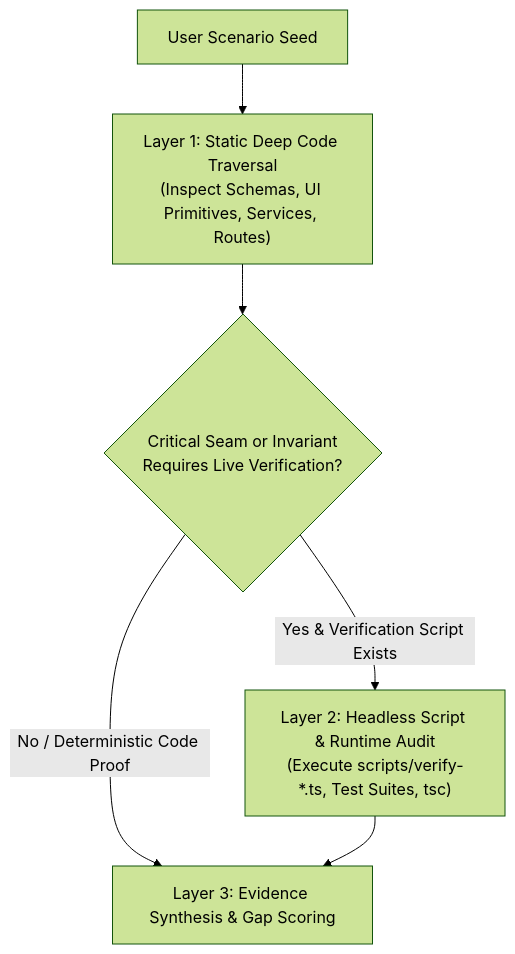
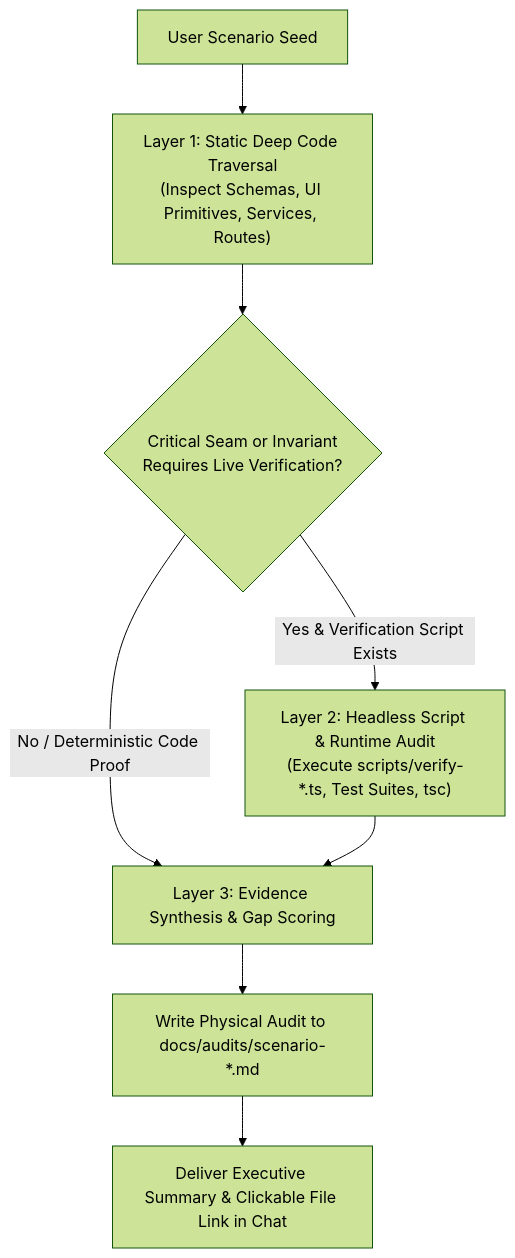
Before and after one commit to Delizade-Antigravity-Skills/scenario-probe: the diagram in SKILL.md, drawn with Mermaid (forest theme). The commit also changed other lines of this file, not shown here.

Commit message:
feat: add persistent in-repo audit documentation to docs/audits/

````diff
--- a/SKILL.md
+++ b/SKILL.md
@@ -47,8 +51,10 @@
 ```mermaid
 flowchart TD
     Scenario["User Scenario Seed"] --> Layer1["Layer 1: Static Deep Code Traversal<br/>(Inspect Schemas, UI Primitives, Services, Routes)"]
     Layer1 --> SeamCheck{"Critical Seam or Invariant<br/>Requires Live Verification?"}
     SeamCheck -- "Yes & Verification Script Exists" --> Layer2["Layer 2: Headless Script & Runtime Audit<br/>(Execute scripts/verify-*.ts, Test Suites, tsc)"]
     SeamCheck -- "No / Deterministic Code Proof" --> Synthesize["Layer 3: Evidence Synthesis & Gap Scoring"]
     Layer2 --> Synthesize
+    Synthesize --> InRepoDoc["Write Physical Audit to docs/audits/scenario-*.md"]
+    InRepoDoc --> ChatSummary["Deliver Executive Summary & Clickable File Link in Chat"]
 ```
````
